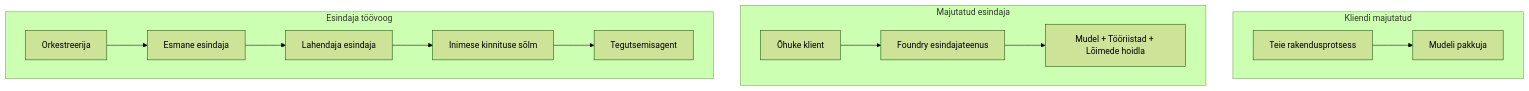
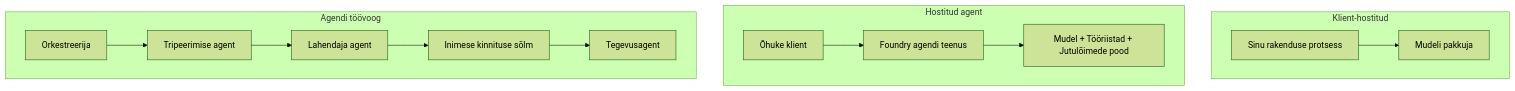
The first of 4 diagrams in mirrors/repos/microsoft@ai-agents-for-beginners/translations/et/16-deploying-scalable-agents/README.md (gabrielmoreira/agent-skills-mirror), drawn with Mermaid (forest theme) before and after one commit. The commit also changed other lines of this file and 3581 other files, not shown here.

````diff
--- a/mirrors/repos/microsoft@ai-agents-for-beginners/translations/et/16-deploying-scalable-agents/README.md
+++ b/mirrors/repos/microsoft@ai-agents-for-beginners/translations/et/16-deploying-scalable-agents/README.md
@@ -87,16 +87,16 @@
 ```mermaid
 flowchart TB
-    subgraph P1[Kliendi majutatud]
-        A1[Teie rakendusprotsess] --> M1[Mudeli pakkuja]
+    subgraph P1[Klient-hostitud]
+        A1[Sinu rakenduse protsess] --> M1[Mudeli pakkuja]
     end
-    subgraph P2[Majutatud esindaja]
-        A2[Õhuke klient] --> F2[Foundry esindajateenus]
-        F2 --> M2[Mudel + Tööriistad + Lõimede hoidla]
+    subgraph P2[Hostitud agent]
+        A2[Õhuke klient] --> F2[Foundry agendi teenus]
+        F2 --> M2[Mudel + Tööriistad + Jutulõimede pood]
     end
-    subgraph P3[Esindaja töövoog]
-        A3[Orkestreerija] --> S1[Esmane esindaja]
-        S1 --> S2[Lahendaja esindaja]
+    subgraph P3[Agendi töövoog]
+        A3[Orkestreerija] --> S1[Tripeerimise agent]
+        S1 --> S2[Lahendaja agent]
         S2 --> H[Inimese kinnituse sõlm]
-        H --> S3[Tegutsemisagent]
+        H --> S3[Tegevusagent]
     end
 ```
````
